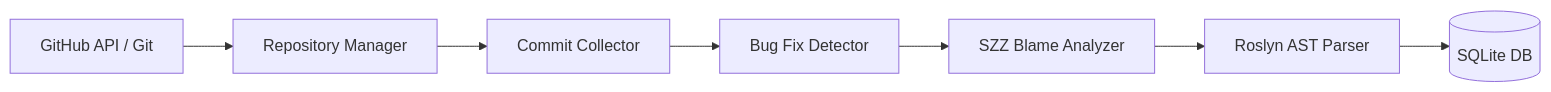
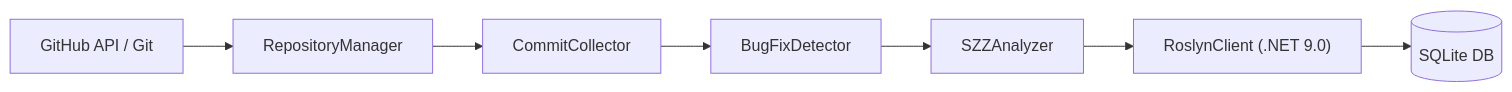
Before and after one commit to BogdanCTU/Applied-Computational-Intelligence-UBB: the diagram in Year2_Semester1_ComputationalIntelligenceSoftwareEngineering/CISE_Project2/5_Documentation/07_AcademicReport/FINAL_REPORT.md, drawn with Mermaid. The commit also changed other lines of this file and 74 other files, not shown here.

````diff
--- a/Year2_Semester1_ComputationalIntelligenceSoftwareEngineering/CISE_Project2/5_Documentation/07_AcademicReport/FINAL_REPORT.md
+++ b/Year2_Semester1_ComputationalIntelligenceSoftwareEngineering/CISE_Project2/5_Documentation/07_AcademicReport/FINAL_REPORT.md
@@ -68,9 +61,9 @@
 ```mermaid
 flowchart LR
-    GitHub[GitHub API / Git] --> Ingestion[Repository Manager]
-    Ingestion --> Mining[Commit Collector]
-    Mining --> FixDetect[Bug Fix Detector]
-    FixDetect --> SZZ[SZZ Blame Analyzer]
-    SZZ --> Roslyn[Roslyn AST Parser]
-    Roslyn --> DB[(SQLite DB)]
+    GitHub["GitHub API / Git"] --> Ingestion["RepositoryManager"]
+    Ingestion --> Mining["CommitCollector"]
+    Mining --> FixDetect["BugFixDetector"]
+    FixDetect --> SZZ["SZZAnalyzer"]
+    SZZ --> Roslyn["RoslynClient (.NET 9.0)"]
+    Roslyn --> DB[("SQLite DB")]
 ```
````
